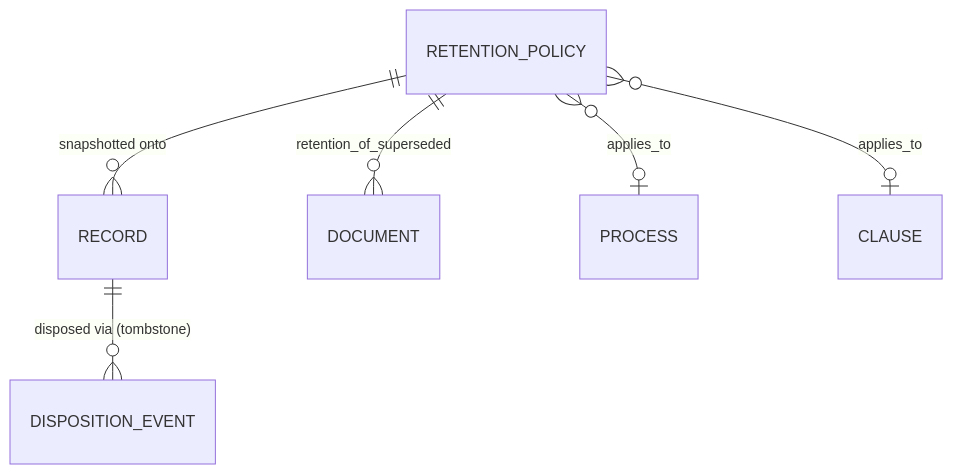
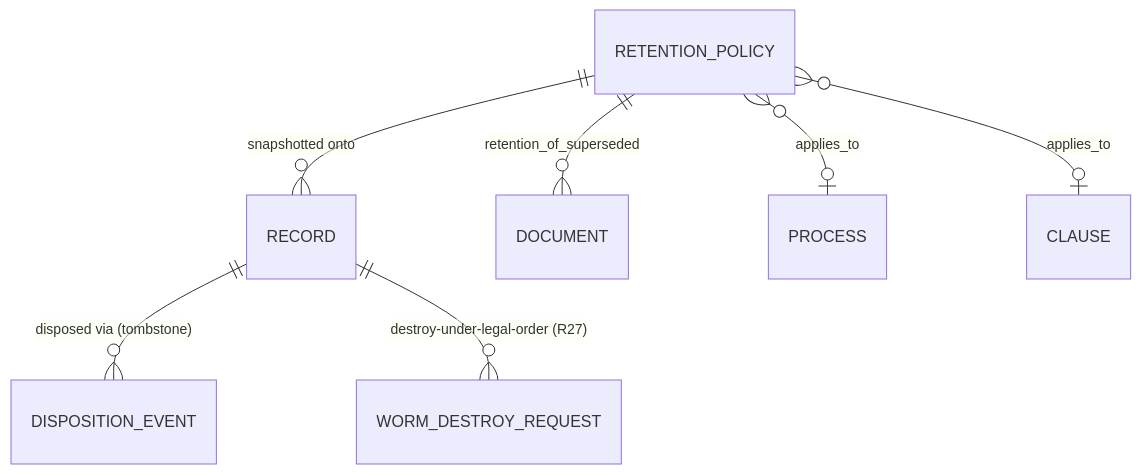
One commit to CoJoA13/EasySynQ changed the tenth of 13 diagrams in docs/14-data-model.md. Above: the diagram before and after it, drawn with Mermaid. The commit also changed other lines of this file and 27 other files, not shown here.

````diff
--- a/docs/14-data-model.md
+++ b/docs/14-data-model.md
@@ -449,8 +449,9 @@
 ```mermaid
 erDiagram
     RETENTION_POLICY ||--o{ RECORD : "snapshotted onto"
     RETENTION_POLICY ||--o{ DOCUMENT : "retention_of_superseded"
     RECORD ||--o{ DISPOSITION_EVENT : "disposed via (tombstone)"
+    RECORD ||--o{ WORM_DESTROY_REQUEST : "destroy-under-legal-order (R27)"
     RETENTION_POLICY }o--o| PROCESS : "applies_to"
     RETENTION_POLICY }o--o| CLAUSE : "applies_to"
 ```
````
